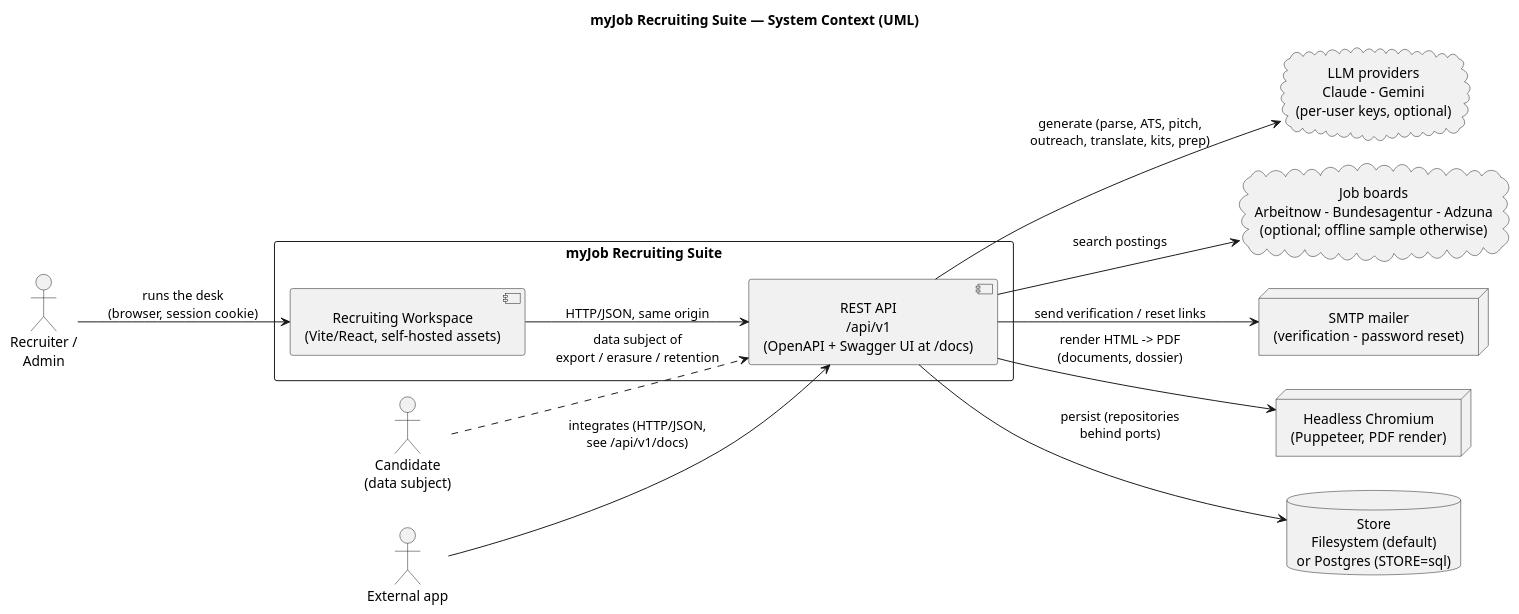
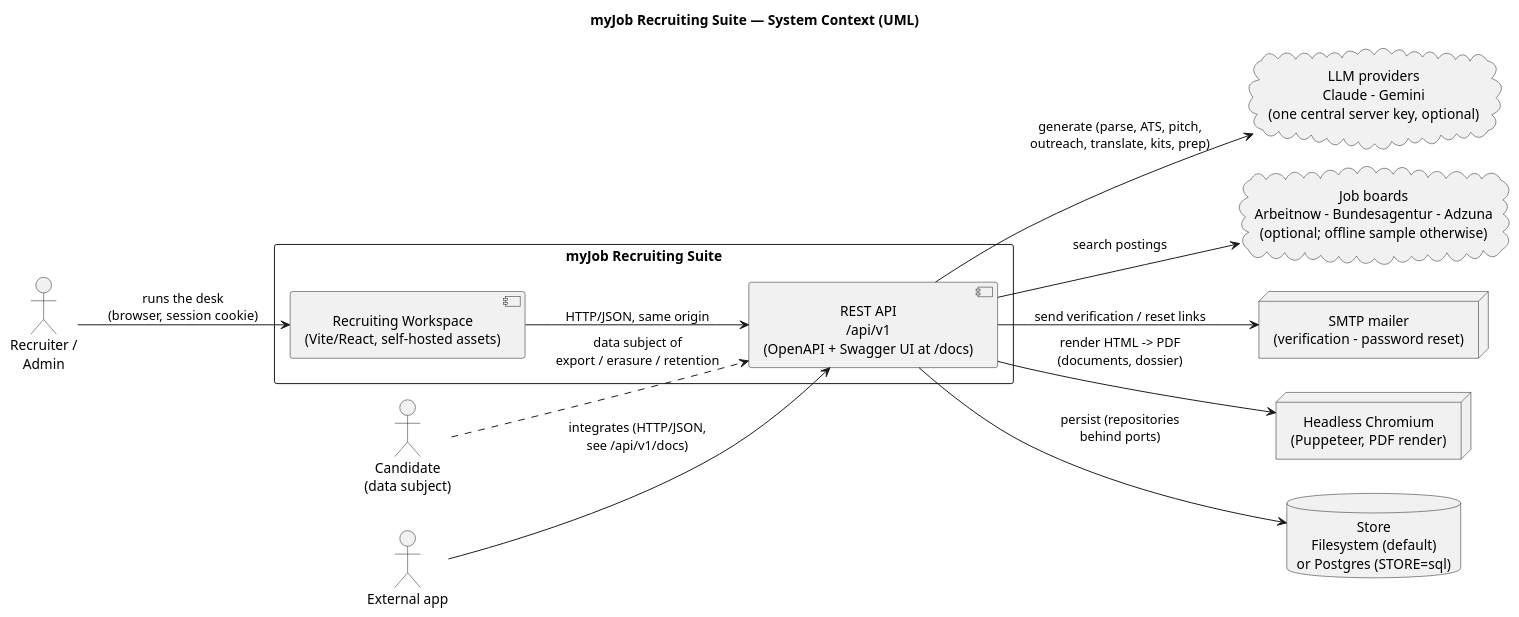
The diagram in docs/umls/03_system_context.puml (NexusHero/Resume), drawn with PlantUML before and after one commit. The commit also changed 175 other files, not shown here.

```diff
--- a/docs/umls/03_system_context.puml
+++ b/docs/umls/03_system_context.puml
@@ -1,34 +1,34 @@
 @startuml 03_system_context
 title myJob Recruiting Suite — System Context (UML)
 
 skinparam shadowing false
 skinparam defaultTextAlignment center
 left to right direction
 
 actor "Recruiter /\nAdmin" as Recruiter
 actor "Candidate\n(data subject)" as Candidate
 actor "External app" as Ext
 
 rectangle "myJob Recruiting Suite" as System {
   component "REST API\n/api/v1\n(OpenAPI + Swagger UI at /docs)" as API
   component "Recruiting Workspace\n(Vite/React, self-hosted assets)" as UI
 }
 
-cloud "LLM providers\nClaude - Gemini\n(per-user keys, optional)" as LLM
+cloud "LLM providers\nClaude - Gemini\n(one central server key, optional)" as LLM
 cloud "Job boards\nArbeitnow - Bundesagentur - Adzuna\n(optional; offline sample otherwise)" as Jobs
 node "SMTP mailer\n(verification - password reset)" as Mail
 node "Headless Chromium\n(Puppeteer, PDF render)" as Chromium
 database "Store\nFilesystem (default)\nor Postgres (STORE=sql)" as Store
 
 Recruiter --> UI : runs the desk\n(browser, session cookie)
 UI --> API : HTTP/JSON, same origin
 Ext --> API : integrates (HTTP/JSON,\nsee /api/v1/docs)
 Candidate ..> API : data subject of\nexport / erasure / retention
 
 API --> LLM : generate (parse, ATS, pitch,\noutreach, translate, kits, prep)
 API --> Jobs : search postings
 API --> Mail : send verification / reset links
 API --> Chromium : render HTML -> PDF\n(documents, dossier)
 API --> Store : persist (repositories\nbehind ports)
 
 @enduml
```
